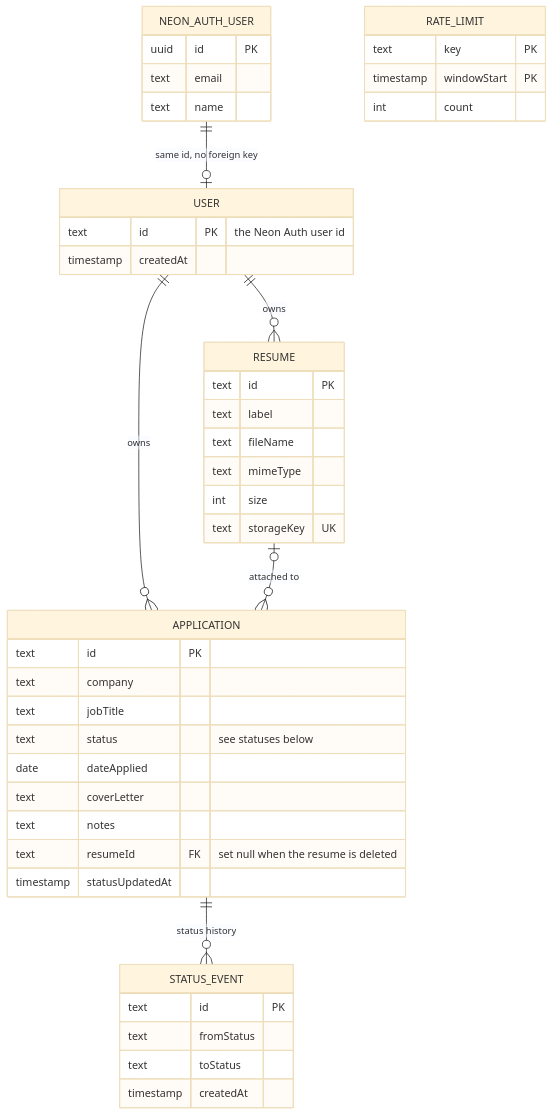
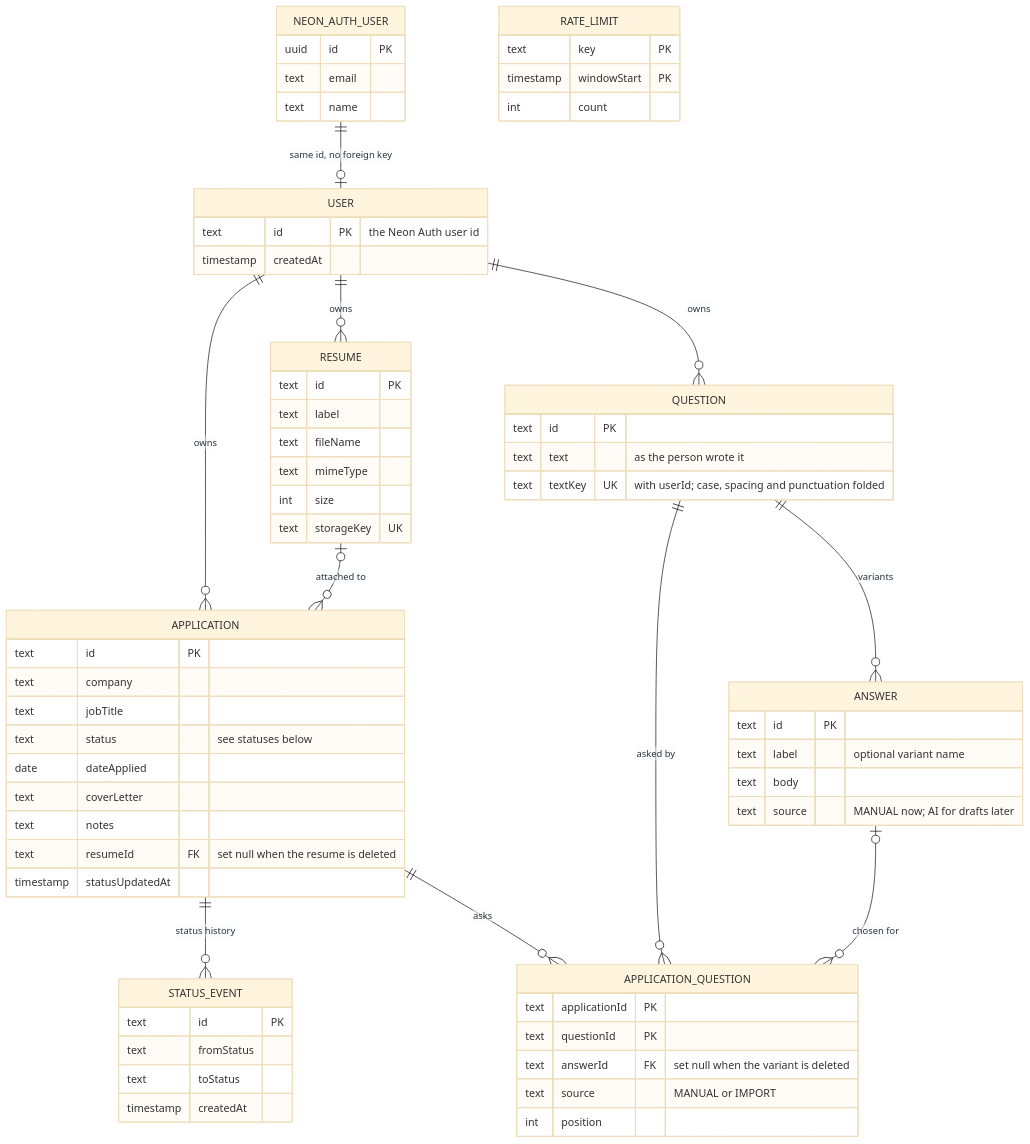
One commit to ssamkough/job-apps changed the fourth of 4 diagrams in README.md. Above: the diagram before and after it, drawn with Mermaid (base theme). The commit also changed other lines of this file and 30 other files, not shown here.

First line of the commit message:
Add questionnaire: reusable questions with answer variants, attached to applications

````diff
--- a/README.md
+++ b/README.md
@@ -129,48 +129,71 @@
 ```mermaid
 erDiagram
     NEON_AUTH_USER ||--o| USER : "same id, no foreign key"
     USER ||--o{ APPLICATION : owns
     USER ||--o{ RESUME : owns
     RESUME |o--o{ APPLICATION : "attached to"
     APPLICATION ||--o{ STATUS_EVENT : "status history"
+    USER ||--o{ QUESTION : owns
+    QUESTION ||--o{ ANSWER : "variants"
+    APPLICATION ||--o{ APPLICATION_QUESTION : asks
+    QUESTION ||--o{ APPLICATION_QUESTION : "asked by"
+    ANSWER |o--o{ APPLICATION_QUESTION : "chosen for"
 
     NEON_AUTH_USER {
         uuid id PK
         text email
         text name
     }
     USER {
         text id PK "the Neon Auth user id"
         timestamp createdAt
     }
     APPLICATION {
         text id PK
         text company
         text jobTitle
         text status "see statuses below"
         date dateApplied
         text coverLetter
         text notes
         text resumeId FK "set null when the resume is deleted"
         timestamp statusUpdatedAt
     }
     RESUME {
         text id PK
         text label
         text fileName
         text mimeType
         int size
         text storageKey UK
     }
     STATUS_EVENT {
         text id PK
         text fromStatus
         text toStatus
         timestamp createdAt
     }
+    QUESTION {
+        text id PK
+        text text "as the person wrote it"
+        text textKey UK "with userId; case, spacing and punctuation folded"
+    }
+    ANSWER {
+        text id PK
+        text label "optional variant name"
+        text body
+        text source "MANUAL now; AI for drafts later"
+    }
+    APPLICATION_QUESTION {
+        text applicationId PK
+        text questionId PK
+        text answerId FK "set null when the variant is deleted"
+        text source "MANUAL or IMPORT"
+        int position
+    }
     RATE_LIMIT {
         text key PK
         timestamp windowStart PK
         int count
     }
 ```
````
